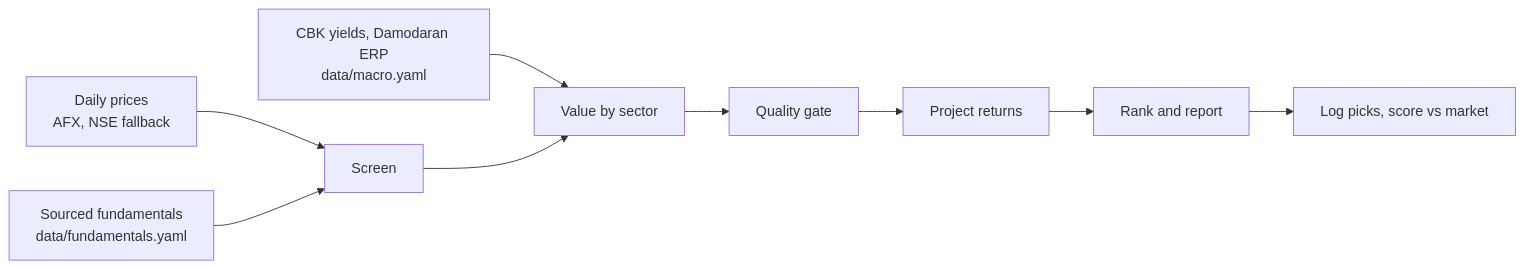
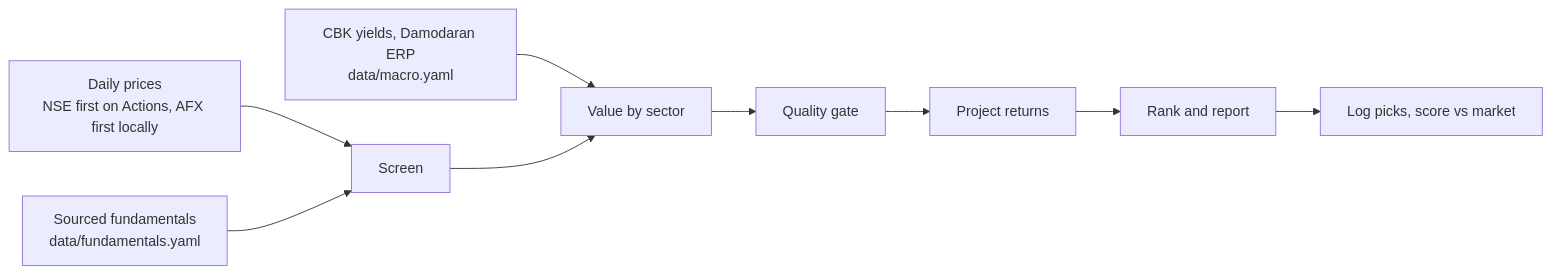
One commit to ronaldndirangu/nse-market-agent changed the diagram in README.md. Above: the diagram before and after it, drawn with Mermaid. The commit also changed other lines of this file and 29 other files, not shown here.

````diff
--- a/README.md
+++ b/README.md
@@ -18,11 +45,11 @@
 ```mermaid
 flowchart LR
-    A[Daily prices<br/>AFX, NSE fallback] --> D[Screen]
+    A[Daily prices<br/>NSE first on Actions, AFX first locally] --> D[Screen]
     B[Sourced fundamentals<br/>data/fundamentals.yaml] --> D
     C[CBK yields, Damodaran ERP<br/>data/macro.yaml] --> E
     D --> E[Value by sector]
     E --> F[Quality gate]
     F --> G[Project returns]
     G --> H[Rank and report]
     H --> I[Log picks, score vs market]
 ```
````
